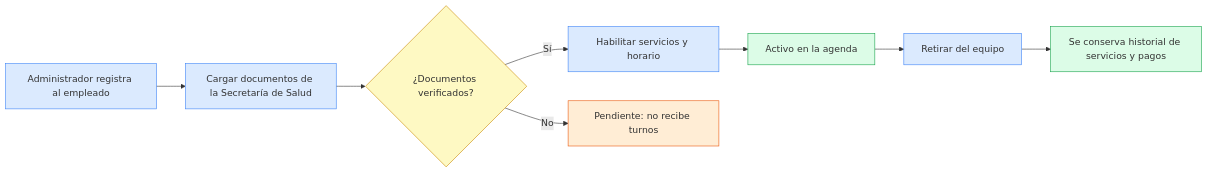
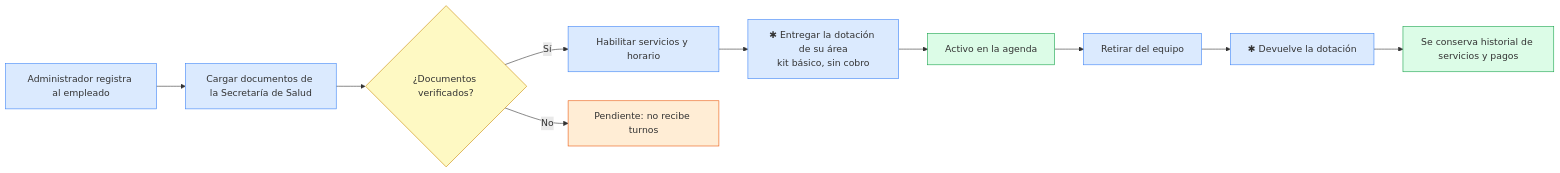
One commit to svzapatac/Citara changed the first of 8 diagrams in docs/flujos-por-modulo.md. Above: the diagram before and after it, drawn with Mermaid. The commit also changed other lines of this file and 7 other files, not shown here.

First line of the commit message:
Barbería y cejas, productos con descuento mensual, dotación por área, turnos múltiples, documentos sin vencimiento

````diff
--- a/docs/flujos-por-modulo.md
+++ b/docs/flujos-por-modulo.md
@@ -11,18 +11,20 @@
 ```mermaid
 flowchart LR
     A[Administrador registra al empleado] --> B[Cargar documentos de la Secretaría de Salud]
     B --> C{¿Documentos verificados?}
     C -- Sí --> D[Habilitar servicios y horario]
     C -- No --> E[Pendiente: no recibe turnos]
-    D --> F[Activo en la agenda]
+    D --> D2[✱ Entregar la dotación de su área<br/>kit básico, sin cobro]
+    D2 --> F[Activo en la agenda]
     F --> G[Retirar del equipo]
-    G --> H[Se conserva historial de servicios y pagos]
+    G --> G2[✱ Devuelve la dotación]
+    G2 --> H[Se conserva historial de servicios y pagos]
     classDef paso fill:#dbeafe,stroke:#3b82f6
     classDef dec fill:#fef9c3,stroke:#ca8a04
     classDef ok fill:#dcfce7,stroke:#16a34a
     classDef exc fill:#ffedd5,stroke:#ea580c
-    class A,B,D,G paso
+    class A,B,D,D2,G,G2 paso
     class C dec
     class F,H ok
     class E exc
 ```
````
